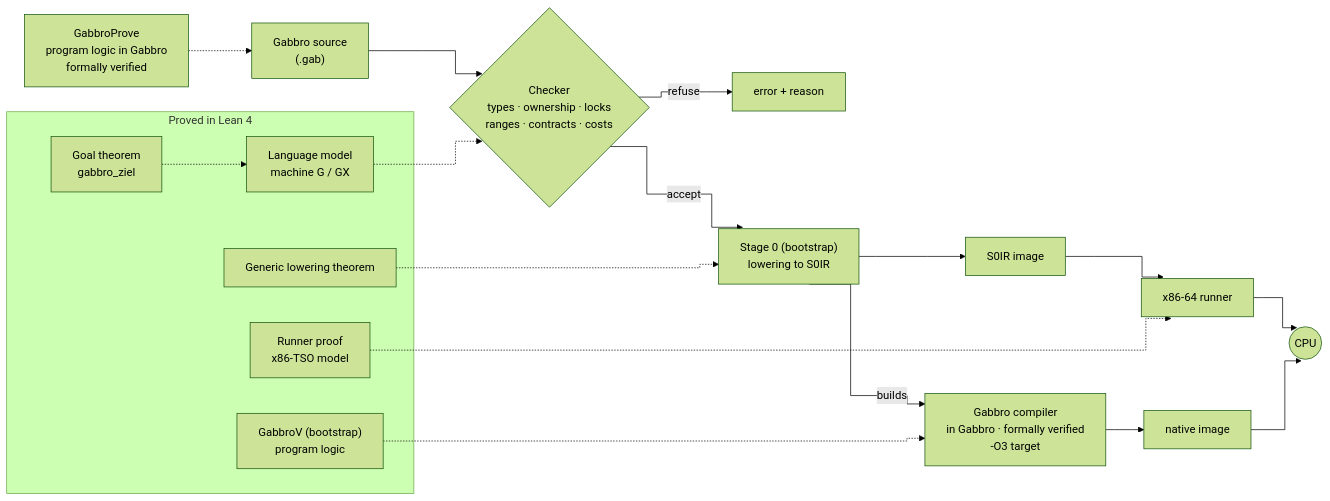
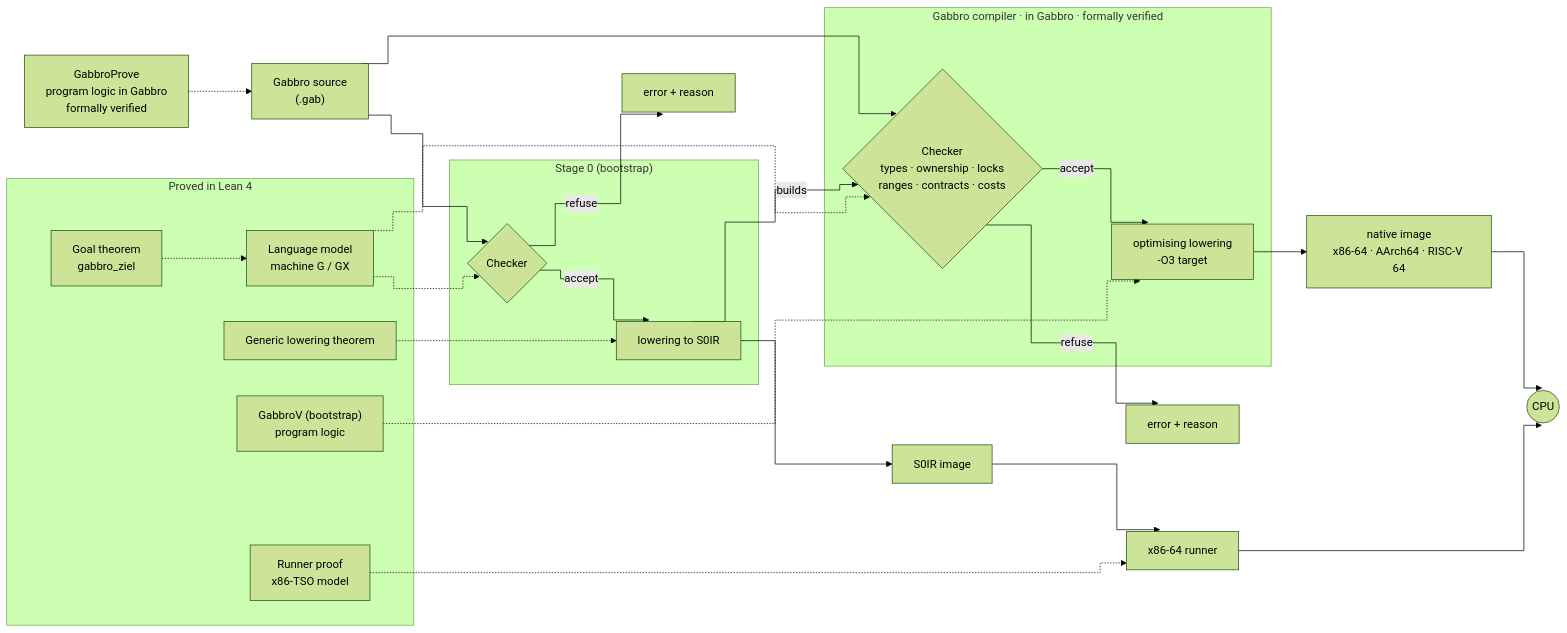
Before and after one commit to SimonVitzethum/Gabbro: the diagram in README.md, drawn with Mermaid (forest theme). The commit also changed other lines of this file, not shown here.

Commit message:
docs(readme): diagram with a checker in each compiler and the direct native path

````diff
--- a/README.md
+++ b/README.md
@@ -192,23 +192,32 @@
 ```mermaid
 %%{init: {"flowchart": {"curve": "step"}}}%%
 flowchart LR
-    src["Gabbro source<br/>(.gab)"] --> chk{"Checker<br/>types · ownership · locks<br/>ranges · contracts · costs"}
+    prove["GabbroProve<br/>program logic in Gabbro<br/>formally verified"] -.-> src["Gabbro source<br/>(.gab)"]
+    src --> chk
+    src --> chk0
+
+    subgraph gc ["Gabbro compiler · in Gabbro · formally verified"]
+      chk{"Checker<br/>types · ownership · locks<br/>ranges · contracts · costs"} -- accept --> opt["optimising lowering<br/>-O3 target"]
+    end
     chk -- refuse --> err["error + reason"]
-    chk -- accept --> s0["Stage 0 (bootstrap)<br/>lowering to S0IR"]
-    s0 --> img["S0IR image"] --> run["x86-64 runner"] --> cpu(("CPU"))
-    s0 -- builds --> comp["Gabbro compiler<br/>in Gabbro · formally verified<br/>-O3 target"] --> bin["native image"] --> cpu
-    prove["GabbroProve<br/>program logic in Gabbro<br/>formally verified"] -.-> src
+    opt --> bin["native image<br/>x86-64 · AArch64 · RISC-V 64"] --> cpu(("CPU"))
+
+    subgraph s0 ["Stage 0 (bootstrap)"]
+      chk0{"Checker"} -- accept --> low0["lowering to S0IR"]
+    end
+    chk0 -- refuse --> err0["error + reason"]
+    low0 --> img["S0IR image"] --> run["x86-64 runner"] --> cpu
+    low0 -- builds --> chk
 
     subgraph lean ["Proved in Lean 4"]
-      model["Language model<br/>machine G / GX"]
-      goal["Goal theorem<br/>gabbro_ziel"]
+      goal["Goal theorem<br/>gabbro_ziel"] -.-> model["Language model<br/>machine G / GX"]
+      gv["GabbroV (bootstrap)<br/>program logic"]
       low["Generic lowering theorem"]
       rt["Runner proof<br/>x86-TSO model"]
-      gv["GabbroV (bootstrap)<br/>program logic"]
     end
     model -.-> chk
-    goal -.-> model
-    low -.-> s0
+    model -.-> chk0
+    gv -.-> opt
+    low -.-> low0
     rt -.-> run
-    gv -.-> comp
 ```
````
